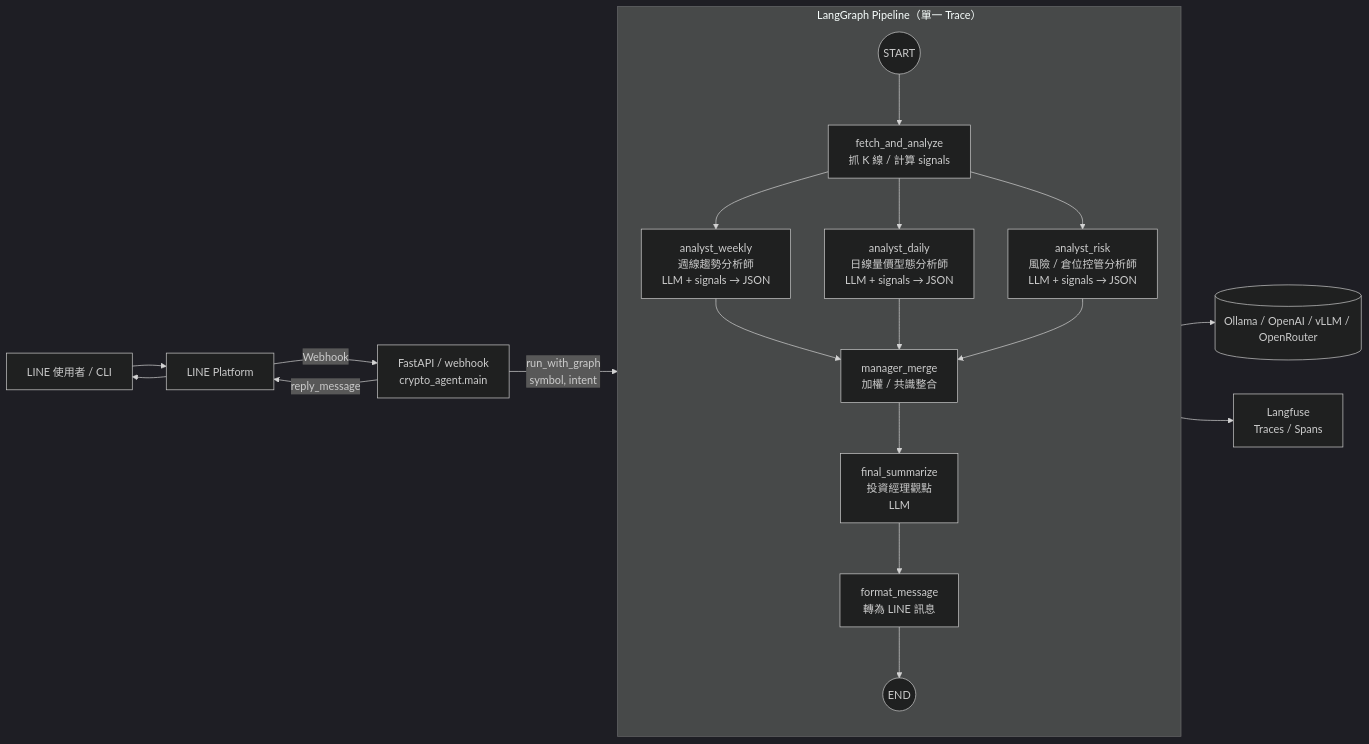
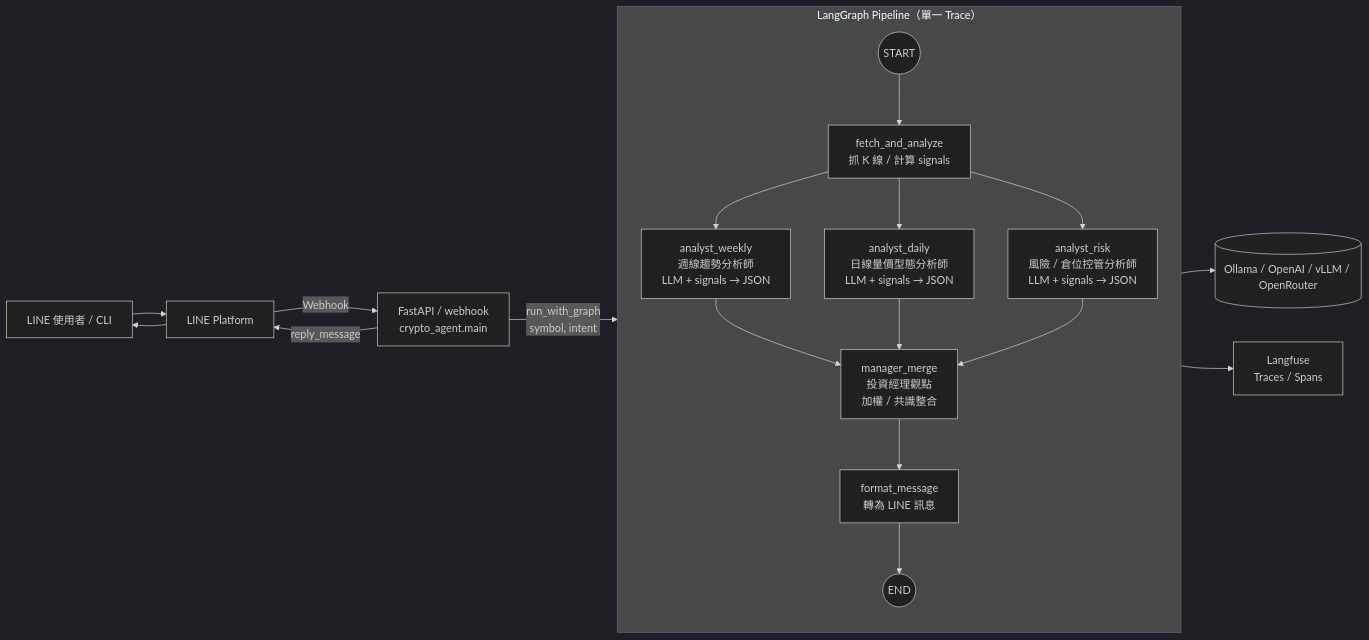
The second of 3 diagrams in README.md (jiunjiun69/Crypto-AI-Agent-Framework), drawn with Mermaid (dark theme) before and after one commit. The commit also changed other lines of this file, not shown here.

````diff
--- a/README.md
+++ b/README.md
@@ -86,59 +86,55 @@
 ```mermaid
 flowchart LR
     %% 使用者入口
     U[LINE 使用者 / CLI] --> L[LINE Platform]
     L -->|Webhook| A[FastAPI / webhook
     crypto_agent.main]
 
     %% 啟動 LangGraph
     A -->|run_with_graph
     symbol, intent| G[LangGraph StateGraph
     crypto_agent.graph_crypto_agent]
 
     %% LangGraph Pipeline
     subgraph G["LangGraph Pipeline（單一 Trace）"]
         S0((START))
 
         %% 市場資料
         S0 --> F[fetch_and_analyze
         抓 K 線 / 計算 signals]
 
         %% 三位分析師並行
         F --> W[analyst_weekly
         週線趨勢分析師
         LLM + signals → JSON]
 
         F --> D[analyst_daily
         日線量價型態分析師
         LLM + signals → JSON]
 
         F --> RSK[analyst_risk
         風險 / 倉位控管分析師
         LLM + signals → JSON]
 
         %% 投資經理彙整
         W --> M[manager_merge
+        投資經理觀點
         加權 / 共識整合]
         D --> M
         RSK --> M
 
-        %% 最終輸出
-        M --> FS[final_summarize
-        投資經理觀點
-        LLM]
-
-        FS --> FM[format_message
+        %% 最終輸出（直接格式化）
+        M --> FM[format_message
         轉為 LINE 訊息]
 
         FM --> E0((END))
     end
 
     %% 外部服務
     G --> LLM[(Ollama / OpenAI / vLLM / OpenRouter)]
     G --> FUSE[Langfuse
     Traces / Spans]
 
     %% 回傳使用者
     A -->|reply_message| L --> U
-
 ```
````
